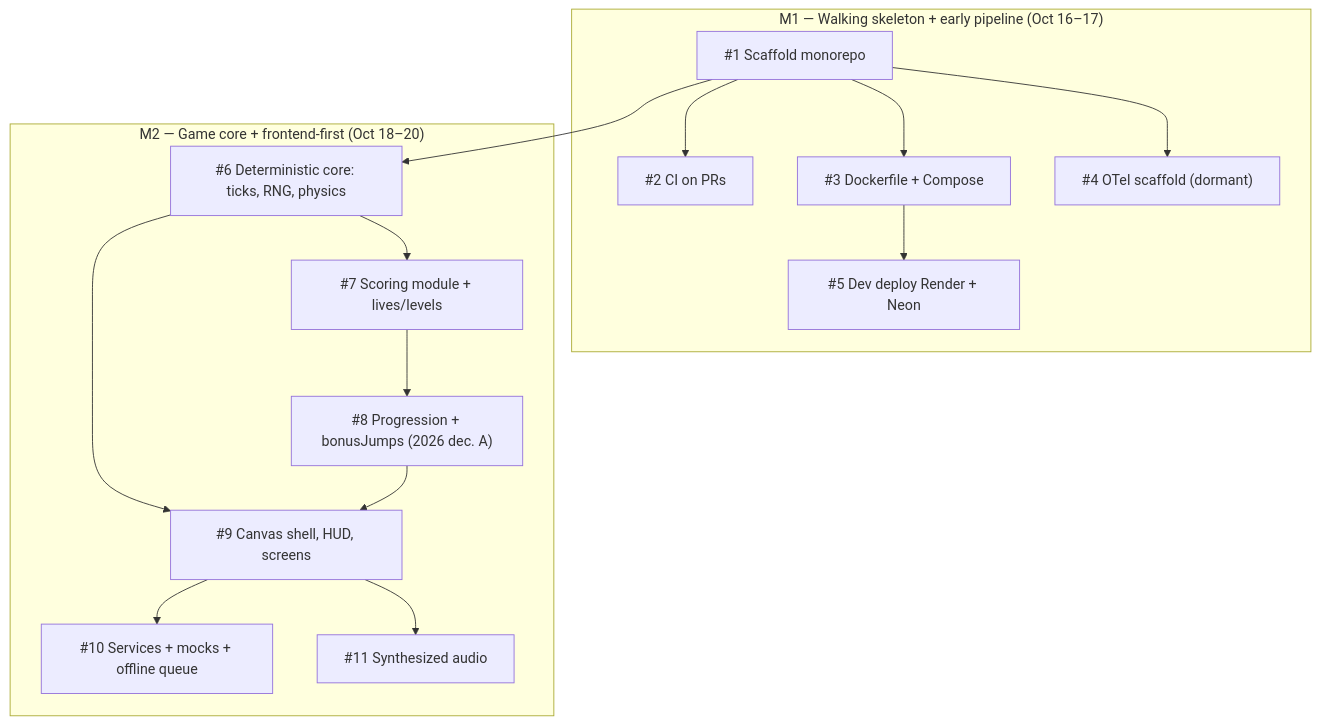
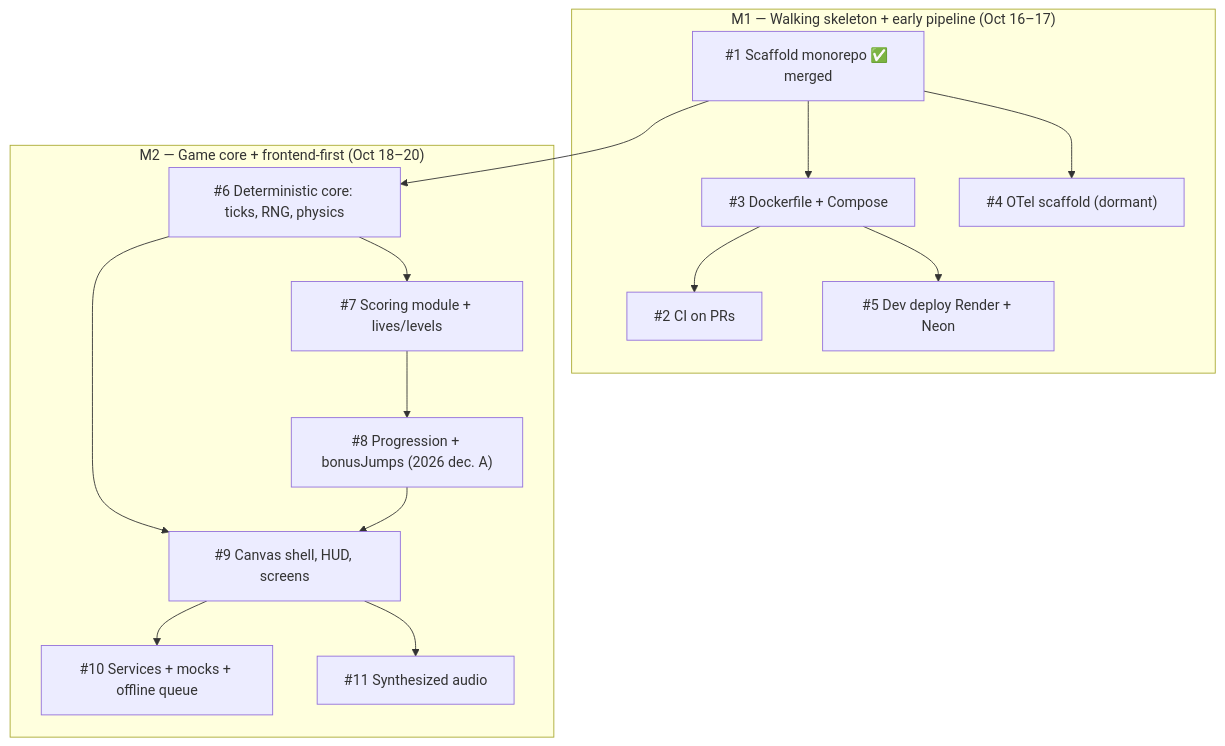
Before and after one commit to lucapug/clown-circus-reloaded: the diagram in _docs/backlog.md, drawn with Mermaid. The commit also changed other lines of this file and 2 other files, not shown here.

Commit message:
Add graph-loop tuning analysis (post cycle #1) and reconcile #3 -> #2 dependency
- _docs/graph-tuning.md: measured baseline decomposition, confirmed vs
  hypothesis findings, P1/P2/P3 proposals with evidence/trade-offs/
  verification, next-cycle measurement plan and integrity checklist
- backlog.md + issue #2: CI Docker-build job depends on #3's Dockerfile
- diary: tuning-analysis entry; next cycle is #3 (then #2)

````diff
--- a/_docs/backlog.md
+++ b/_docs/backlog.md
@@ -7,32 +7,32 @@
 ```mermaid
 graph TD
     subgraph M1["M1 — Walking skeleton + early pipeline (Oct 16–17)"]
-        I1["#1 Scaffold monorepo"]
-        I2["#2 CI on PRs"]
-        I3["#3 Dockerfile + Compose"]
-        I4["#4 OTel scaffold (dormant)"]
-        I5["#5 Dev deploy Render + Neon"]
+        I1["#1 Scaffold monorepo ✅ merged"]
+    I2["#2 CI on PRs"]
+    I3["#3 Dockerfile + Compose"]
+    I4["#4 OTel scaffold (dormant)"]
+    I5["#5 Dev deploy Render + Neon"]
     end
 
     subgraph M2["M2 — Game core + frontend-first (Oct 18–20)"]
         I6["#6 Deterministic core: ticks, RNG, physics"]
         I7["#7 Scoring module + lives/levels"]
         I8["#8 Progression + bonusJumps (2026 dec. A)"]
         I9["#9 Canvas shell, HUD, screens"]
         I10["#10 Services + mocks + offline queue"]
         I11["#11 Synthesized audio"]
     end
 
-    I1 --> I2
     I1 --> I3
     I1 --> I4
+    I3 --> I2
     I3 --> I5
 
     I1 --> I6
     I6 --> I7
     I7 --> I8
     I6 --> I9
     I8 --> I9
     I9 --> I10
     I9 --> I11
 ```
````
